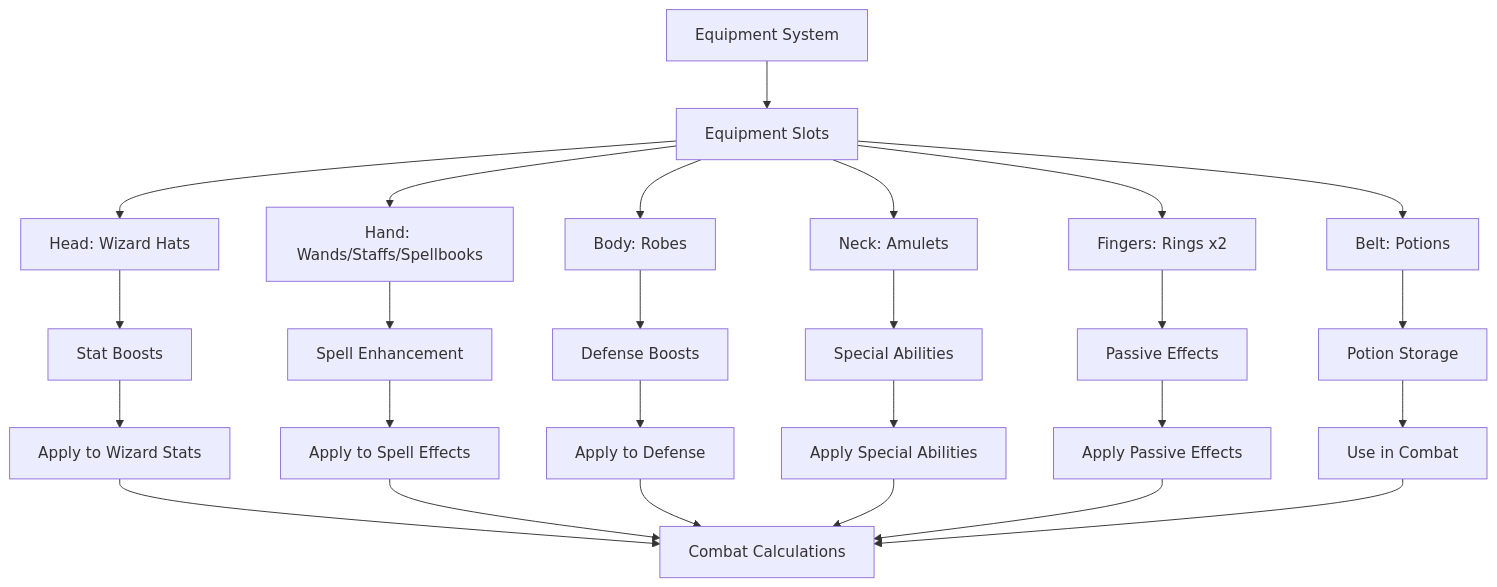
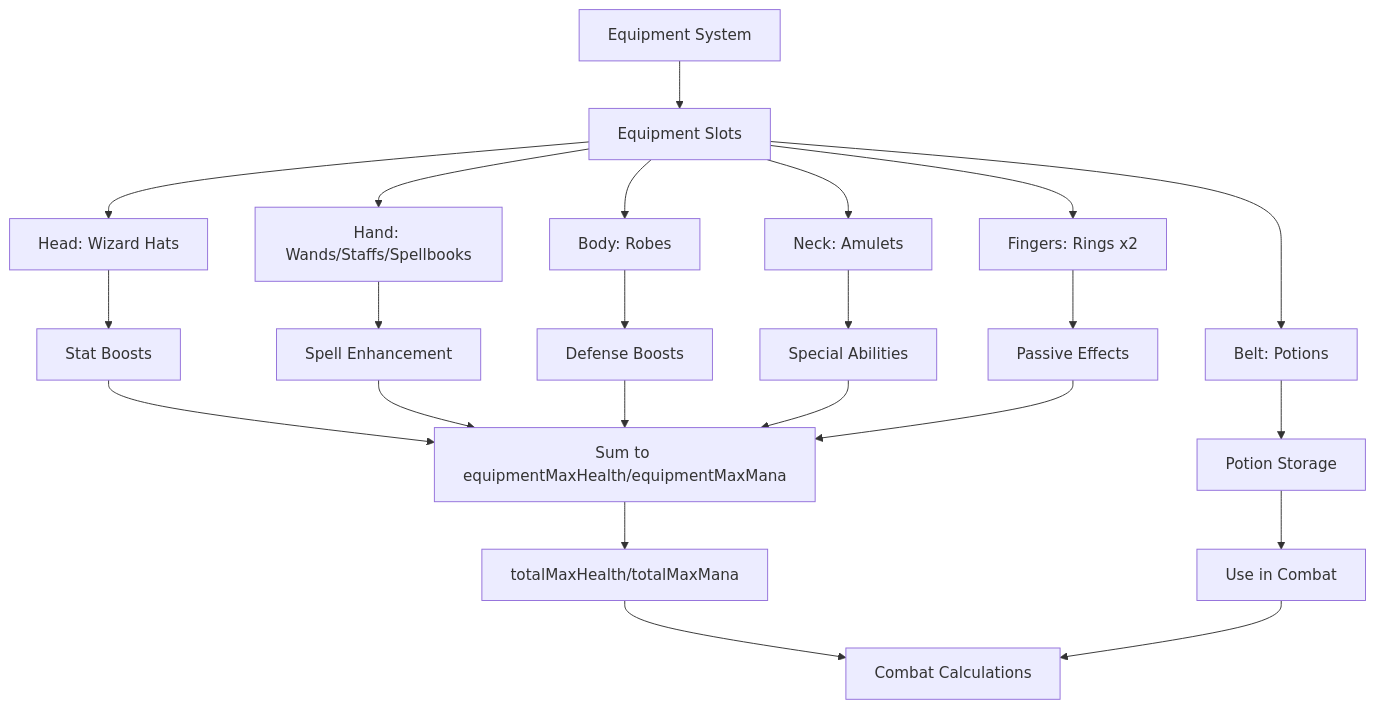
One commit to magejosh/wizards-choice changed the fourth of 23 diagrams in docs/process_maps.md. Above: the diagram before and after it, drawn with Mermaid. The commit also changed other lines of this file and 54 other files, not shown here.

````diff
--- a/docs/process_maps.md
+++ b/docs/process_maps.md
@@ -106,31 +127,28 @@
 ```mermaid
 flowchart TD
     Start[Equipment System] --> Slots[Equipment Slots]
     Slots --> Head[Head: Wizard Hats]
     Slots --> Hand[Hand: Wands/Staffs/Spellbooks]
     Slots --> Body[Body: Robes]
     Slots --> Neck[Neck: Amulets]
     Slots --> Fingers[Fingers: Rings x2]
     Slots --> Belt[Belt: Potions]
     
     Head --> StatBoosts[Stat Boosts]
     Hand --> SpellEnhancement[Spell Enhancement]
     Body --> DefenseBoosts[Defense Boosts]
     Neck --> SpecialAbilities[Special Abilities]
     Fingers --> PassiveEffects[Passive Effects]
     Belt --> PotionStorage[Potion Storage]
     
-    StatBoosts --> ApplyStats[Apply to Wizard Stats]
-    SpellEnhancement --> ApplySpell[Apply to Spell Effects]
-    DefenseBoosts --> ApplyDefense[Apply to Defense]
-    SpecialAbilities --> ApplyAbilities[Apply Special Abilities]
-    PassiveEffects --> ApplyPassives[Apply Passive Effects]
+    StatBoosts --> EquipmentStats[Sum to equipmentMaxHealth/equipmentMaxMana]
+    SpellEnhancement --> EquipmentStats
+    DefenseBoosts --> EquipmentStats
+    SpecialAbilities --> EquipmentStats
+    PassiveEffects --> EquipmentStats
     PotionStorage --> UsePotions[Use in Combat]
     
-    ApplyStats --> CombatCalculation[Combat Calculations]
-    ApplySpell --> CombatCalculation
-    ApplyDefense --> CombatCalculation
-    ApplyAbilities --> CombatCalculation
-    ApplyPassives --> CombatCalculation
+    EquipmentStats --> TotalStats[totalMaxHealth/totalMaxMana]
+    TotalStats --> CombatCalculation[Combat Calculations]
     UsePotions --> CombatCalculation
 ```
````
